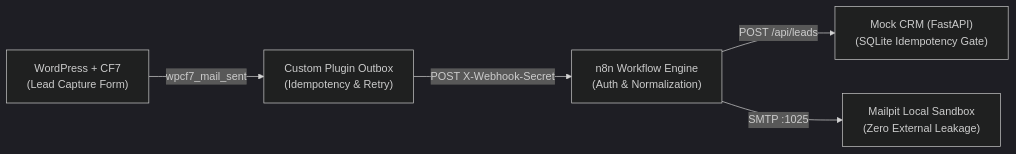
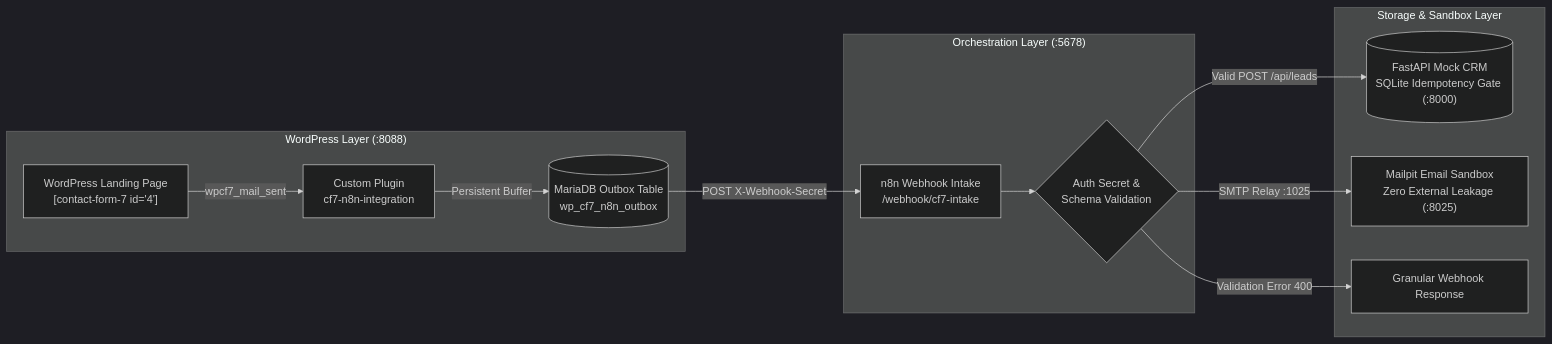
One commit to Jk-7bod7/wordpress-cf7-n8n-crm-integration-lab changed the diagram in README.md. Above: the diagram before and after it, drawn with Mermaid (dark theme). The commit also changed other lines of this file and 1 other file, not shown here.

````diff
--- a/README.md
+++ b/README.md
@@ -20,7 +24,18 @@
 ```mermaid
 flowchart LR
-    A["WordPress + CF7<br>(Lead Capture Form)"] -->|wpcf7_mail_sent| B["Custom Plugin Outbox<br>(Idempotency & Retry)"]
-    B -->|POST X-Webhook-Secret| C["n8n Workflow Engine<br>(Auth & Normalization)"]
-    C -->|POST /api/leads| D["Mock CRM (FastAPI)<br>(SQLite Idempotency Gate)"]
-    C -->|SMTP :1025| E["Mailpit Local Sandbox<br>(Zero External Leakage)"]
+    subgraph WP["WordPress Layer (:8088)"]
+        A["WordPress Landing Page<br>[contact-form-7 id='4']"] -->|wpcf7_mail_sent| B["Custom Plugin<br>cf7-n8n-integration"]
+        B -->|Persistent Buffer| OB[("MariaDB Outbox Table<br>wp_cf7_n8n_outbox")]
+    end
+
+    subgraph N8N["Orchestration Layer (:5678)"]
+        OB -->|POST X-Webhook-Secret| C["n8n Webhook Intake<br>/webhook/cf7-intake"]
+        C --> D{"Auth Secret &<br>Schema Validation"}
+    end
+
+    subgraph BACKEND["Storage & Sandbox Layer"]
+        D -->|Valid POST /api/leads| CRM[("FastAPI Mock CRM<br>SQLite Idempotency Gate (:8000)")]
+        D -->|SMTP Relay :1025| MP["Mailpit Email Sandbox<br>Zero External Leakage (:8025)"]
+        D -->|Validation Error 400| ERR["Granular Webhook Response"]
+    end
 ```
````
